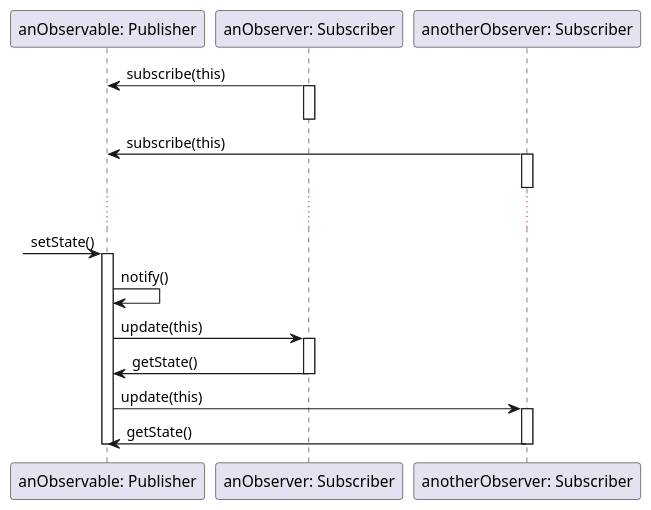
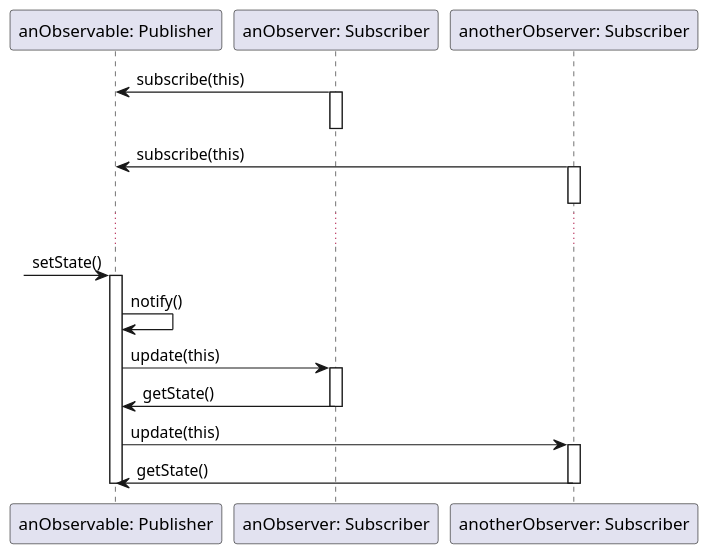
One commit to uca-gii/gii-dss changed the eighth of 12 diagrams in slides/diseno/patrones.md. Above: the diagram before and after it, drawn with PlantUML. The commit also changed other lines of this file, not shown here.

```diff
--- a/slides/diseno/patrones.md
+++ b/slides/diseno/patrones.md
@@ -1411,35 +1411,34 @@
 @startuml
-scale 450 width
-scale 500 height
+scale 700 width
 
 participant "anObservable: Publisher" as anObservable
 participant "anObserver: Subscriber" as anObserver
 participant "anotherObserver: Subscriber" as anotherObserver
 
 anObserver -> anObservable : subscribe(this)
 activate anObserver
 deactivate anObserver
 
 anotherObserver -> anObservable : subscribe(this)
 activate anotherObserver
 deactivate anotherObserver
 
 ...
 
 ?-> anObservable : setState()
 activate anObservable
 anObservable -> anObservable: notify()
 
 anObservable -> anObserver : update(this)
 activate anObserver
 anObservable <- anObserver : getState()
 deactivate anObserver
 
 anObservable -> anotherObserver : update(this)
 activate anotherObserver
 anObservable <- anotherObserver : getState()
 deactivate anotherObserver
 
 deactivate anObservable
 
 @enduml
```
